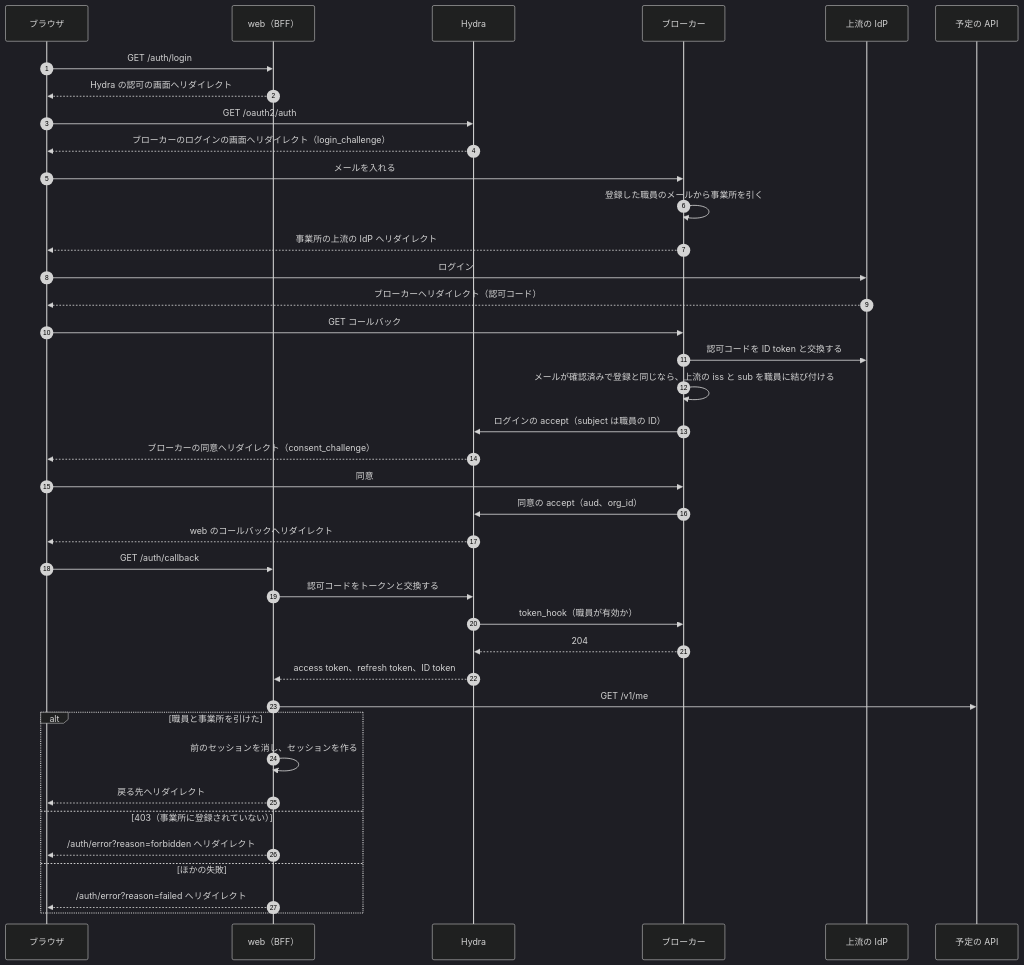
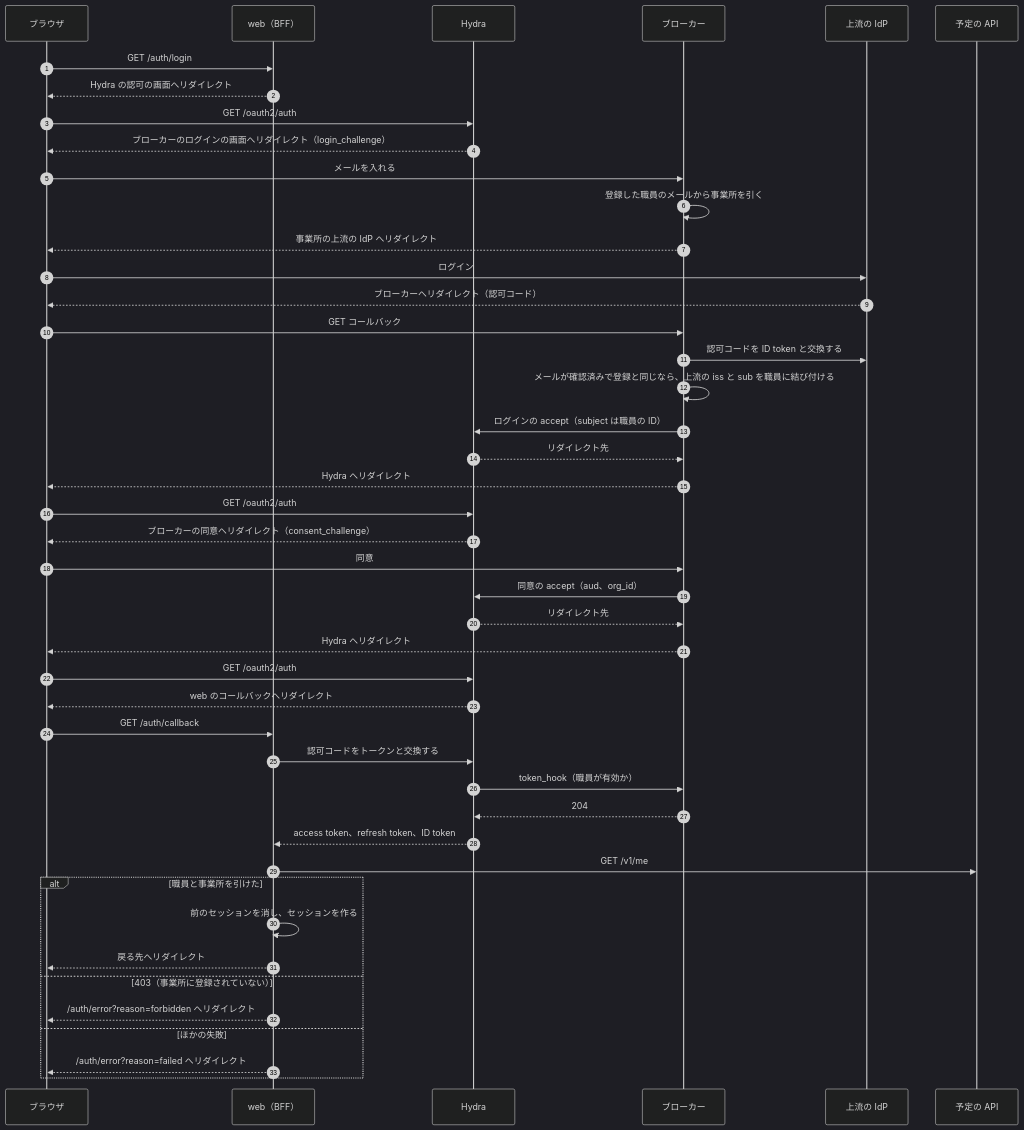
The third of 5 diagrams in services/broker/DesignDoc.md (Fukuemon/buddy), drawn with Mermaid (dark theme) before and after one commit. The commit also changed other lines of this file and 7 other files, not shown here.

Commit message:
docs: ブローカーの失敗の画面の条件と、図の accept の後のリダイレクトを実装に合わせる #271

````diff
--- a/services/broker/DesignDoc.md
+++ b/services/broker/DesignDoc.md
@@ -96,41 +96,47 @@
 ```mermaid
 sequenceDiagram
   autonumber
   participant B as ブラウザ
   participant W as web（BFF）
   participant H as Hydra
   participant K as ブローカー
   participant U as 上流の IdP
   participant A as 予定の API
   B->>W: GET /auth/login
   W-->>B: Hydra の認可の画面へリダイレクト
   B->>H: GET /oauth2/auth
   H-->>B: ブローカーのログインの画面へリダイレクト（login_challenge）
   B->>K: メールを入れる
   K->>K: 登録した職員のメールから事業所を引く
   K-->>B: 事業所の上流の IdP へリダイレクト
   B->>U: ログイン
   U-->>B: ブローカーへリダイレクト（認可コード）
   B->>K: GET コールバック
   K->>U: 認可コードを ID token と交換する
   K->>K: メールが確認済みで登録と同じなら、上流の iss と sub を職員に結び付ける
   K->>H: ログインの accept（subject は職員の ID）
+  H-->>K: リダイレクト先
+  K-->>B: Hydra へリダイレクト
+  B->>H: GET /oauth2/auth
   H-->>B: ブローカーの同意へリダイレクト（consent_challenge）
   B->>K: 同意
   K->>H: 同意の accept（aud、org_id）
+  H-->>K: リダイレクト先
+  K-->>B: Hydra へリダイレクト
+  B->>H: GET /oauth2/auth
   H-->>B: web のコールバックへリダイレクト
   B->>W: GET /auth/callback
   W->>H: 認可コードをトークンと交換する
   H->>K: token_hook（職員が有効か）
   K-->>H: 204
   H-->>W: access token、refresh token、ID token
   W->>A: GET /v1/me
   alt 職員と事業所を引けた
     W->>W: 前のセッションを消し、セッションを作る
     W-->>B: 戻る先へリダイレクト
   else 403（事業所に登録されていない）
     W-->>B: /auth/error?reason=forbidden へリダイレクト
   else ほかの失敗
     W-->>B: /auth/error?reason=failed へリダイレクト
   end
 ```
````
